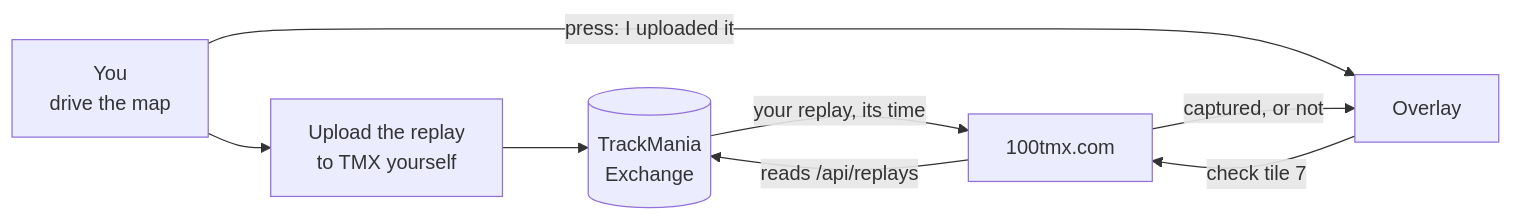
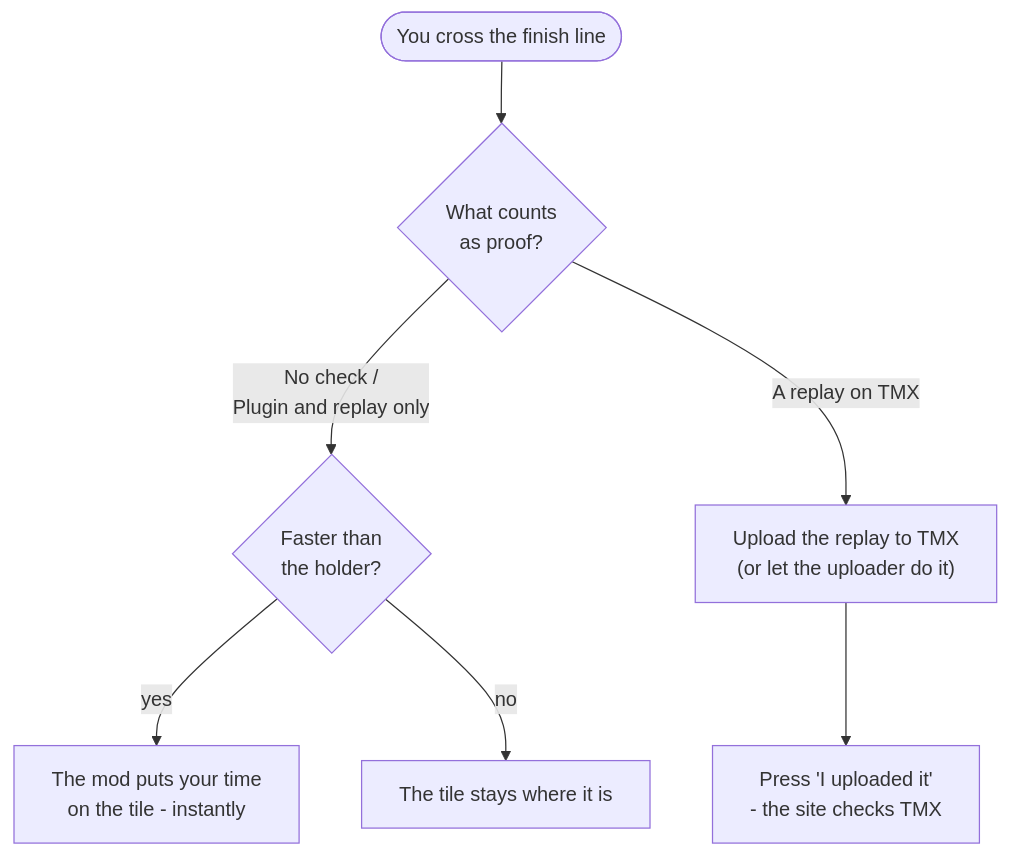
One commit to cheatoskar/100-TMX-Bingo-Plugin changed the third of 4 diagrams in README.md. Above: the diagram before and after it, drawn with Mermaid. The commit also changed other lines of this file, not shown here.

First line of the commit message:
Rewrite the README around what a player needs, in the order they need it

````diff
--- a/README.md
+++ b/README.md
@@ -204,10 +195,9 @@
 ```mermaid
-flowchart LR
-    you["You<br/>drive the map"] --> replay["Upload the replay<br/>to TMX yourself"]
-    replay --> tmx[("TrackMania<br/>Exchange")]
-    you -- "press: I uploaded it" --> mod["Overlay"]
-    mod -- "check tile 7" --> site["100tmx.com"]
-    site -- "reads /api/replays" --> tmx
-    tmx -- "your replay, its time" --> site
-    site -- "captured, or not" --> mod
+flowchart TD
+    finish(["You cross the finish line"]) --> kind{"What counts<br/>as proof?"}
+    kind -->|"No check /<br/>Plugin and replay only"| faster{"Faster than<br/>the holder?"}
+    faster -->|yes| auto["The mod puts your time<br/>on the tile - instantly"]
+    faster -->|no| keep["The tile stays where it is"]
+    kind -->|"A replay on TMX"| upload["Upload the replay to TMX<br/>(or let the uploader do it)"]
+    upload --> check["Press 'I uploaded it'<br/>- the site checks TMX"]
 ```
````
